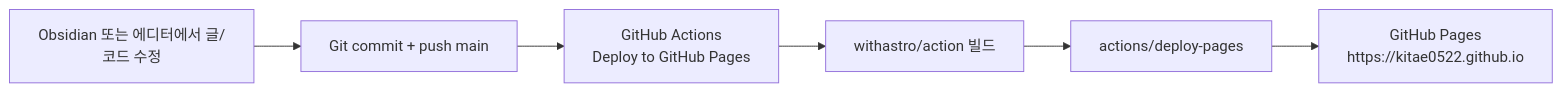
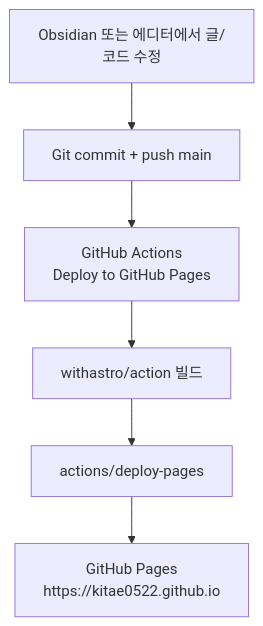
One commit to kitae0522/kitae0522.github.io changed the diagram in src/content/posts/2026-08-04-002.md. Above: the diagram before and after it, drawn with Mermaid. The commit also changed 2 other files, not shown here.

Commit message:
fix: improve rich content layout

````diff
--- a/src/content/posts/2026-08-04-002.md
+++ b/src/content/posts/2026-08-04-002.md
@@ -79,11 +79,11 @@
 ```mermaid
-flowchart LR
+flowchart TD
   Edit["Obsidian 또는 에디터에서 글/코드 수정"]
   Git["Git commit + push main"]
   Action["GitHub Actions<br/>Deploy to GitHub Pages"]
   Build["withastro/action 빌드"]
   Deploy["actions/deploy-pages"]
   Live["GitHub Pages<br/>https://kitae0522.github.io"]
 
   Edit --> Git --> Action --> Build --> Deploy --> Live
 ```
````
